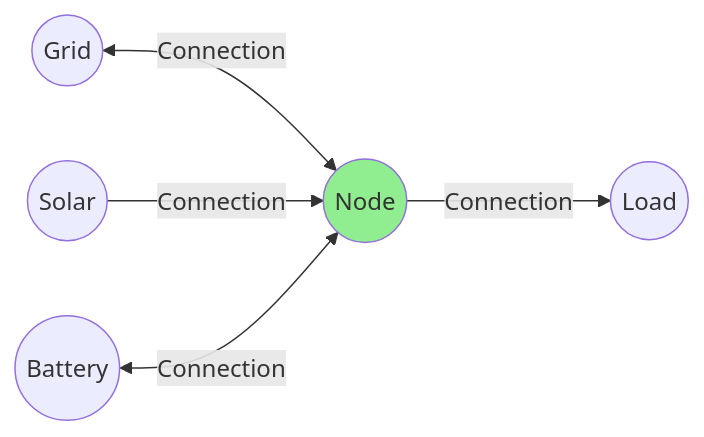
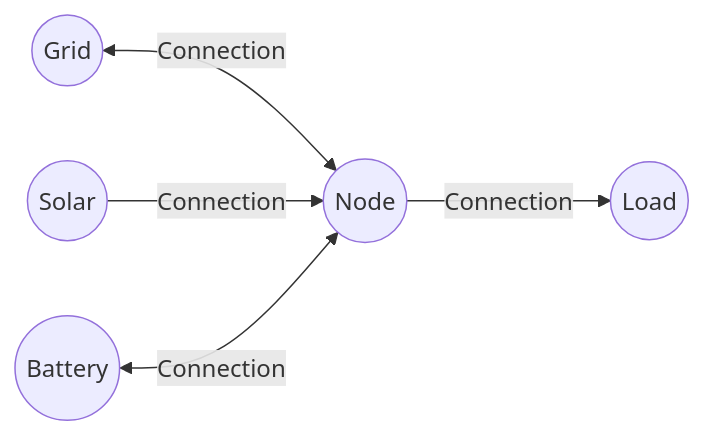
One commit to hass-energy/haeo changed the first of 2 diagrams in docs/modeling/index.md. Above: the diagram before and after it, drawn with Mermaid. The commit also changed 7 other files, not shown here.

Commit message:
Go to using the normal mermaid config

````diff
--- a/docs/modeling/index.md
+++ b/docs/modeling/index.md
@@ -89,9 +89,9 @@
 ```mermaid
 graph LR
     Grid((Grid)) <-->|Connection| Node((Node))
     Solar((Solar)) -->|Connection| Node
     Battery((Battery)) <-->|Connection| Node
     Node -->|Connection| Load((Load))
 
-    style Node fill:#90EE90
+    class Node emphasis
 ```
````
